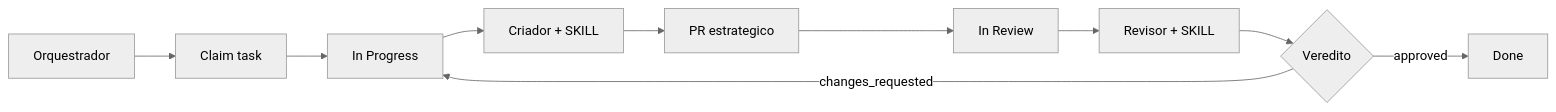
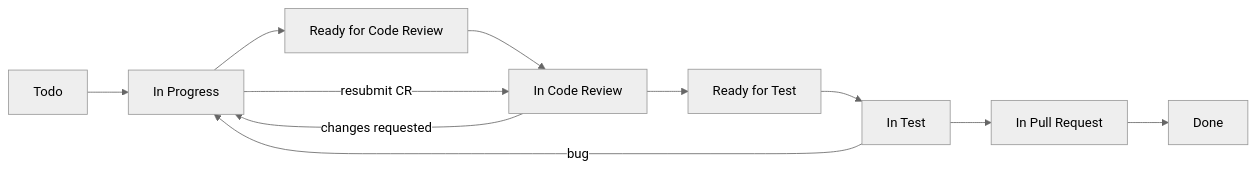
Before and after one commit to pedroaugustogti/pos-unipds-IA: the diagram in modulo-7-exemplo-pratico-guardiao-familia/docs/criacao-board/10-agents/README.md, drawn with Mermaid (neutral theme). The commit also changed other lines of this file and 13 other files, not shown here.

Commit message:
feat(modulo-7): workflow de status task Todo ate Done com fluxos bug e re-review CR

````diff
--- a/modulo-7-exemplo-pratico-guardiao-familia/docs/criacao-board/10-agents/README.md
+++ b/modulo-7-exemplo-pratico-guardiao-familia/docs/criacao-board/10-agents/README.md
@@ -46,12 +48,13 @@
 ```mermaid
 flowchart LR
-  A[Orquestrador] --> B[Claim task]
-  B --> C[In Progress]
-  C --> D[Criador + SKILL]
-  D --> E[PR estrategico]
-  E --> F[In Review]
-  F --> G[Revisor + SKILL]
-  G --> H{Veredito}
-  H -->|approved| I[Done]
-  H -->|changes_requested| C
+  A[Todo] --> B[In Progress]
+  B --> C[Ready for Code Review]
+  C --> D[In Code Review]
+  D --> E[Ready for Test]
+  E --> F[In Test]
+  F --> G[In Pull Request]
+  G --> H[Done]
+  D -->|changes requested| B
+  B -->|resubmit CR| D
+  F -->|bug| B
 ```
````
